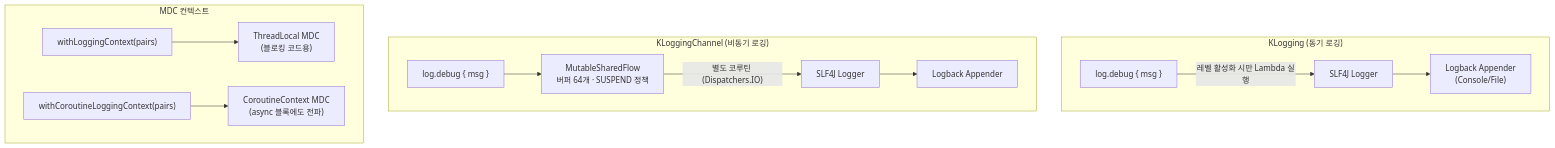
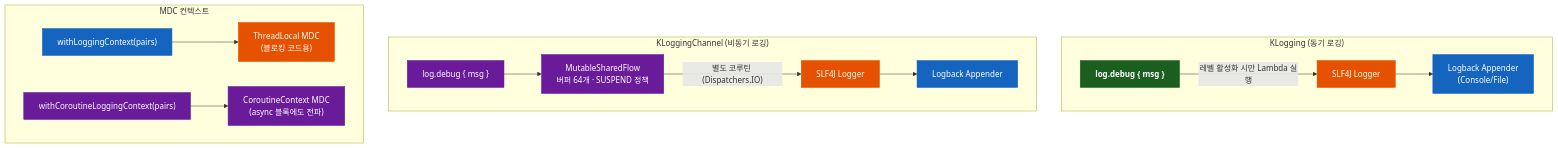
The second of 3 diagrams in bluetape4k/logging/README.ko.md (bluetape4k/bluetape4k-projects), drawn with Mermaid before and after one commit. The commit also changed other lines of this file and 221 other files, not shown here.

First line of the commit message:
docs: 전체 모듈 README UML 다이어그램 보강 및 색상 업그레이드

````diff
--- a/bluetape4k/logging/README.ko.md
+++ b/bluetape4k/logging/README.ko.md
@@ -87,22 +96,28 @@
 ```mermaid
 flowchart TD
     subgraph Sync["KLogging (동기 로깅)"]
         direction LR
         A1["log.debug { msg }"]:::coreStyle -->|"레벨 활성화 시만 Lambda 실행"| SLF4J["SLF4J Logger"]:::utilStyle
         SLF4J --> APPENDER["Logback Appender<br/>(Console/File)"]:::serviceStyle
     end
 
     subgraph Async["KLoggingChannel (비동기 로깅)"]
         direction LR
         B1["log.debug { msg }"]:::asyncStyle --> CHANNEL["MutableSharedFlow<br/>버퍼 64개 · SUSPEND 정책"]:::asyncStyle
         CHANNEL -->|"별도 코루틴 (Dispatchers.IO)"| SLF4J2["SLF4J Logger"]:::utilStyle
         SLF4J2 --> APPENDER2["Logback Appender"]:::serviceStyle
     end
 
     subgraph MDCContext["MDC 컨텍스트"]
         direction LR
         C1["withLoggingContext(pairs)"]:::serviceStyle --> TL["ThreadLocal MDC<br/>(블로킹 코드용)"]:::utilStyle
         C2["withCoroutineLoggingContext(pairs)"]:::asyncStyle --> CC["CoroutineContext MDC<br/>(async 블록에도 전파)"]:::asyncStyle
     end
 
+    classDef coreStyle fill:#1B5E20,stroke:#1B5E20,color:#FFFFFF,font-weight:bold
+    classDef serviceStyle fill:#1565C0,stroke:#1565C0,color:#FFFFFF
+    classDef utilStyle fill:#E65100,stroke:#E65100,color:#FFFFFF
+    classDef asyncStyle fill:#6A1B9A,stroke:#6A1B9A,color:#FFFFFF
+    classDef extStyle fill:#37474F,stroke:#37474F,color:#FFFFFF
+    classDef dataStyle fill:#F57F17,stroke:#F57F17,color:#000000
 ```
````
